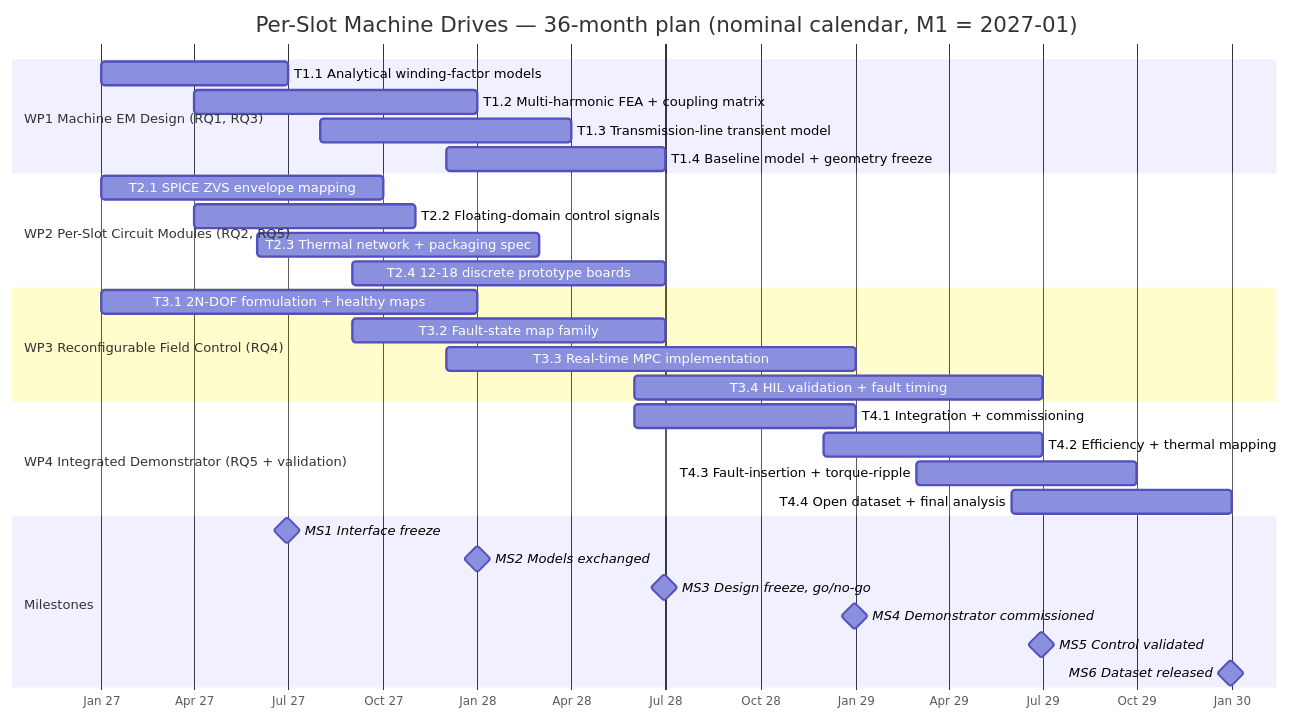
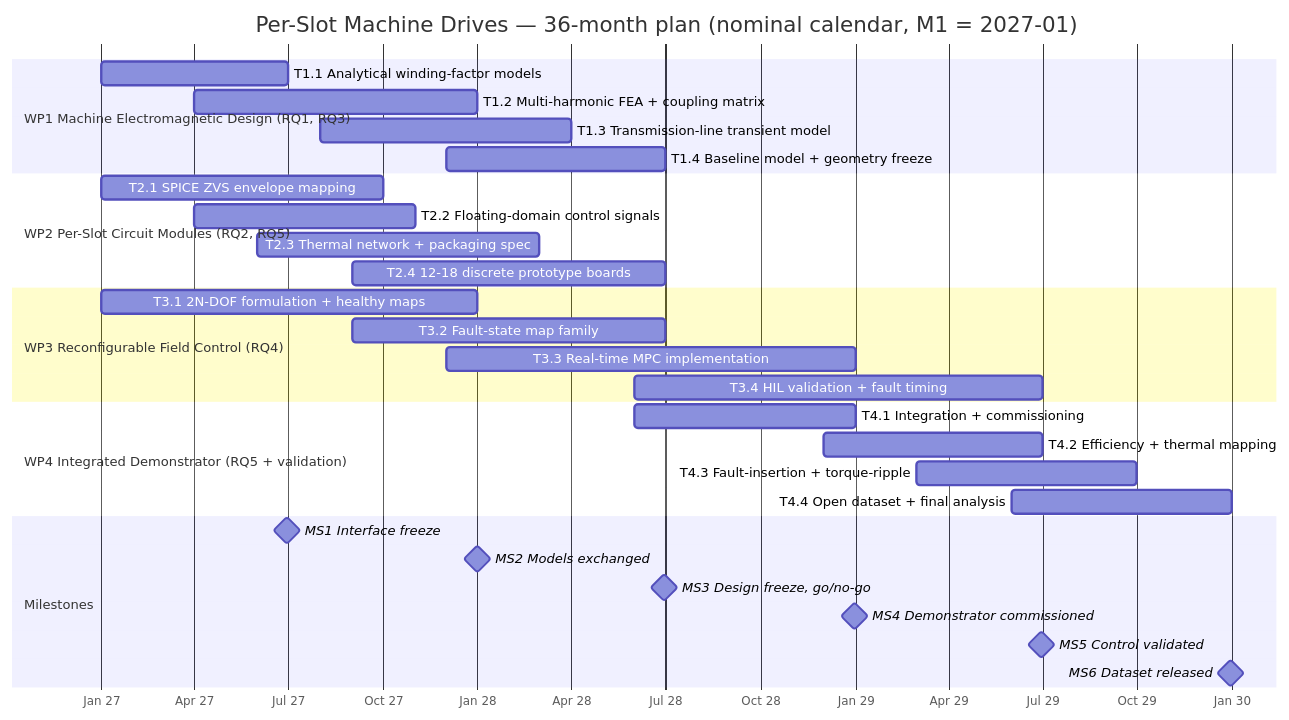
One commit to me313b/proposal changed the diagram in drafts/04_Workplan_Gantt.md. Above: the diagram before and after it, drawn with Mermaid. The commit also changed other lines of this file and 2 other files, not shown here.

First line of the commit message:
Apply verification-pass fixes to workplan, resources and Gantt drafts

````diff
--- a/drafts/04_Workplan_Gantt.md
+++ b/drafts/04_Workplan_Gantt.md
@@ -72,38 +72,38 @@
 ```mermaid
 gantt
     title Per-Slot Machine Drives — 36-month plan (nominal calendar, M1 = 2027-01)
     dateFormat YYYY-MM-DD
     axisFormat %b %y
 
-    section WP1 Machine EM Design (RQ1, RQ3)
+    section WP1 Machine Electromagnetic Design (RQ1, RQ3)
     T1.1 Analytical winding-factor models      :t11, 2027-01-01, 2027-07-01
     T1.2 Multi-harmonic FEA + coupling matrix  :t12, 2027-04-01, 2028-01-01
     T1.3 Transmission-line transient model     :t13, 2027-08-01, 2028-04-01
     T1.4 Baseline model + geometry freeze      :t14, 2027-12-01, 2028-07-01
 
     section WP2 Per-Slot Circuit Modules (RQ2, RQ5)
     T2.1 SPICE ZVS envelope mapping            :t21, 2027-01-01, 2027-10-01
     T2.2 Floating-domain control signals       :t22, 2027-04-01, 2027-11-01
     T2.3 Thermal network + packaging spec      :t23, 2027-06-01, 2028-03-01
     T2.4 12-18 discrete prototype boards       :t24, 2027-09-01, 2028-07-01
 
     section WP3 Reconfigurable Field Control (RQ4)
     T3.1 2N-DOF formulation + healthy maps     :t31, 2027-01-01, 2028-01-01
     T3.2 Fault-state map family                :t32, 2027-09-01, 2028-07-01
     T3.3 Real-time MPC implementation          :t33, 2027-12-01, 2029-01-01
     T3.4 HIL validation + fault timing         :t34, 2028-06-01, 2029-07-01
 
     section WP4 Integrated Demonstrator (RQ5 + validation)
     T4.1 Integration + commissioning           :t41, 2028-06-01, 2029-01-01
     T4.2 Efficiency + thermal mapping          :t42, 2028-12-01, 2029-07-01
     T4.3 Fault-insertion + torque-ripple       :t43, 2029-03-01, 2029-10-01
     T4.4 Open dataset + final analysis         :t44, 2029-06-01, 2030-01-01
 
     section Milestones
     MS1 Interface freeze                       :milestone, 2027-06-30, 0d
     MS2 Models exchanged                       :milestone, 2027-12-31, 0d
     MS3 Design freeze, go/no-go                :milestone, 2028-06-30, 0d
     MS4 Demonstrator commissioned              :milestone, 2028-12-31, 0d
     MS5 Control validated                      :milestone, 2029-06-30, 0d
     MS6 Dataset released                       :milestone, 2029-12-31, 0d
 ```
````
